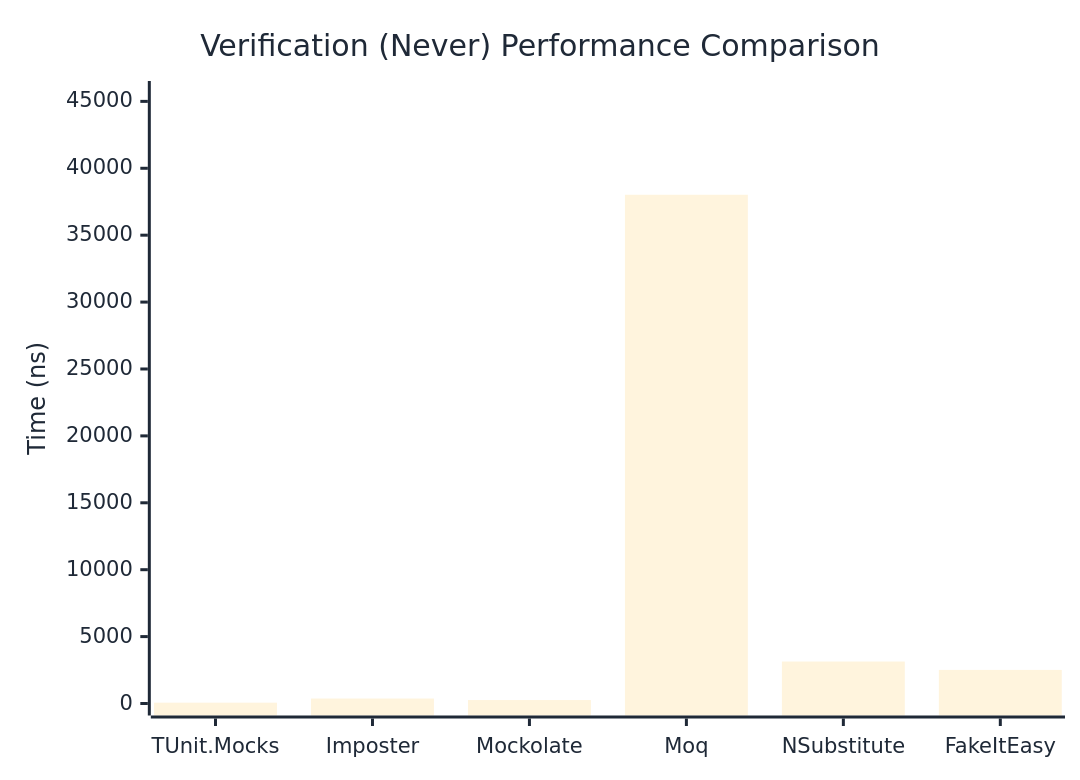
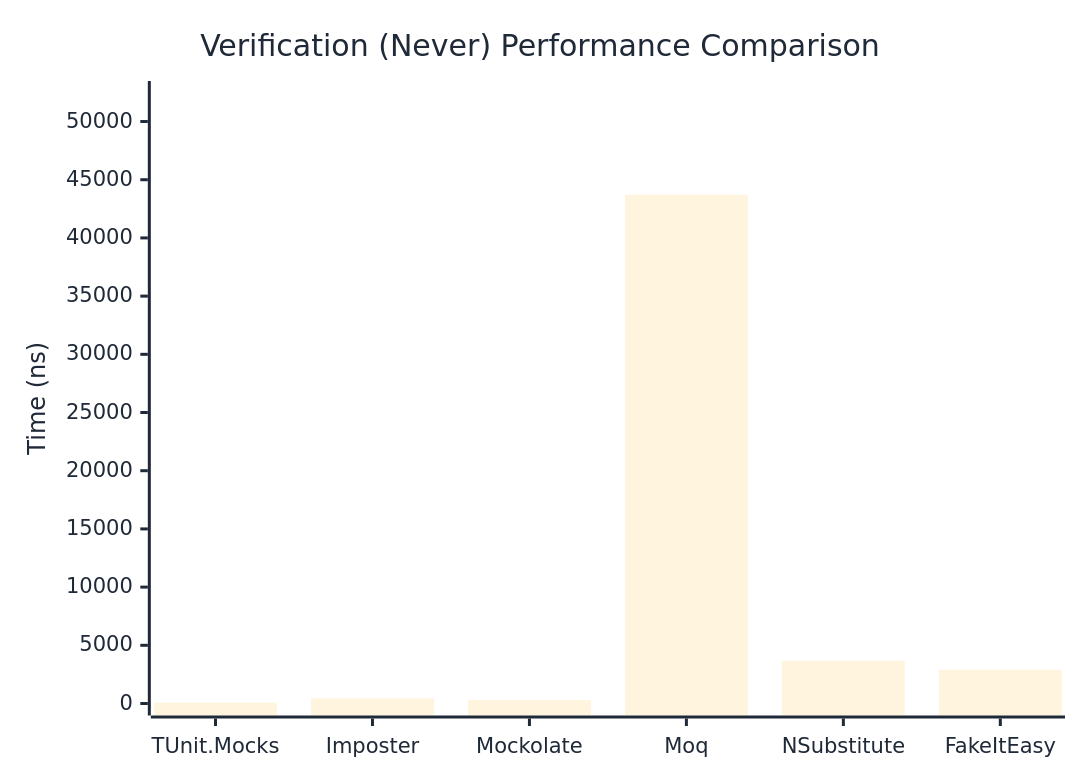
One commit to thomhurst/TUnit changed the second of 3 diagrams in docs/docs/benchmarks/mocks/Verification.md. Above: the diagram before and after it, drawn with Mermaid. The commit also changed other lines of this file and 14 other files, not shown here.

````diff
--- a/docs/docs/benchmarks/mocks/Verification.md
+++ b/docs/docs/benchmarks/mocks/Verification.md
@@ -71,27 +71,27 @@
 ```mermaid
 %%{init: {
   'theme':'base',
   'themeVariables': {
     'primaryColor': '#2563eb',
     'primaryTextColor': '#1f2937',
     'primaryBorderColor': '#1e40af',
     'lineColor': '#6b7280',
     'secondaryColor': '#7c3aed',
     'tertiaryColor': '#dc2626',
     'background': '#ffffff',
     'pie1': '#2563eb',
     'pie2': '#7c3aed',
     'pie3': '#dc2626',
     'pie4': '#f59e0b',
     'pie5': '#10b981',
     'pie6': '#06b6d4',
     'pie7': '#ec4899',
     'pie8': '#6366f1'
   }
 }}%%
 xychart-beta
   title "Verification (Never) Performance Comparison"
   x-axis ["TUnit.Mocks", "Imposter", "Mockolate", "Moq", "NSubstitute", "FakeItEasy"]
-  y-axis "Time (ns)" 0 --> 45626
-  bar [62.15, 370.76, 258.68, 38021.4, 3135.65, 2511.28]
+  y-axis "Time (ns)" 0 --> 52451
+  bar [69.3, 442.48, 290.6, 43709.12, 3675.08, 2892.67]
 ```
````
